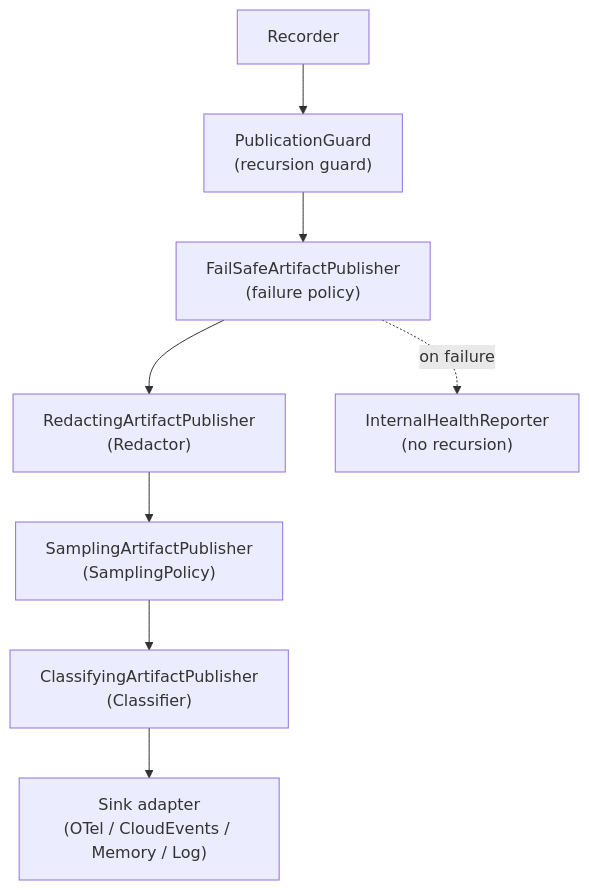
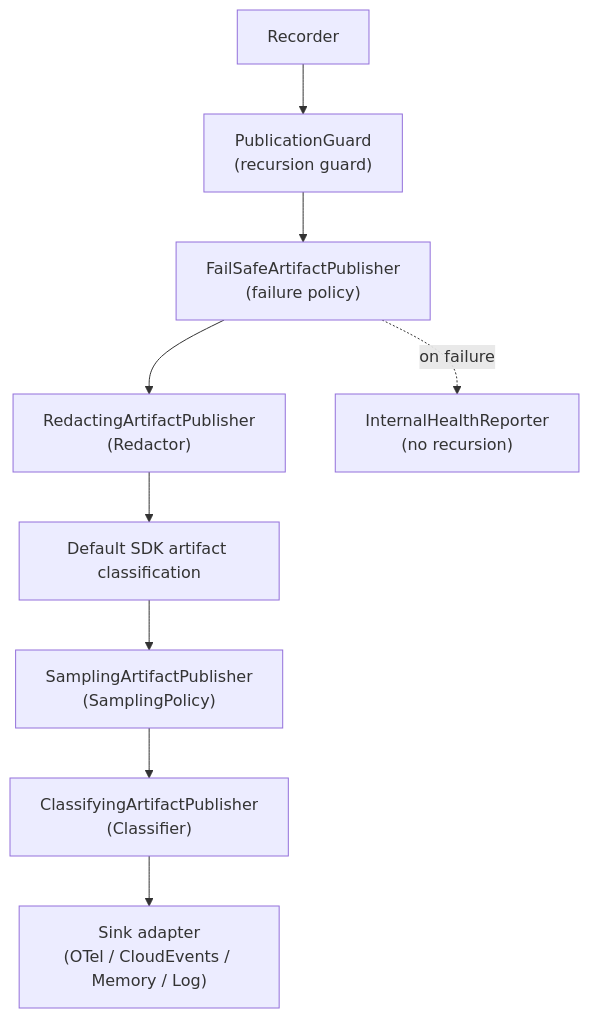
One commit to it-pack/run-it changed the diagram in docs/architecture/publication.md. Above: the diagram before and after it, drawn with Mermaid. The commit also changed other lines of this file and 47 other files, not shown here.

````diff
--- a/docs/architecture/publication.md
+++ b/docs/architecture/publication.md
@@ -29,10 +31,11 @@
 ```mermaid
 flowchart TD;
     Recorder["Recorder"] --> Guard["PublicationGuard<br/>(recursion guard)"];
     Guard --> FailSafe["FailSafeArtifactPublisher<br/>(failure policy)"];
     FailSafe --> Redact["RedactingArtifactPublisher<br/>(Redactor)"];
-    Redact --> Sample["SamplingArtifactPublisher<br/>(SamplingPolicy)"];
+    Redact --> DefaultClassify["Default SDK artifact classification"];
+    DefaultClassify --> Sample["SamplingArtifactPublisher<br/>(SamplingPolicy)"];
     Sample --> Classify["ClassifyingArtifactPublisher<br/>(Classifier)"];
     Classify --> Sink["Sink adapter<br/>(OTel / CloudEvents / Memory / Log)"];
     FailSafe -. "on failure" .-> Health["InternalHealthReporter<br/>(no recursion)"];
 ```
````
